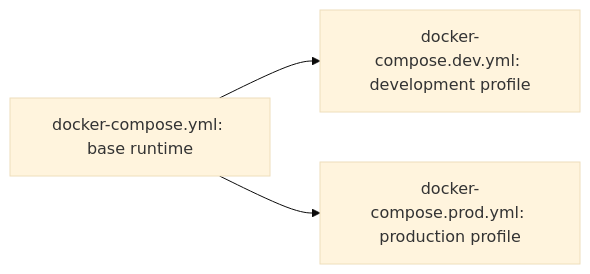
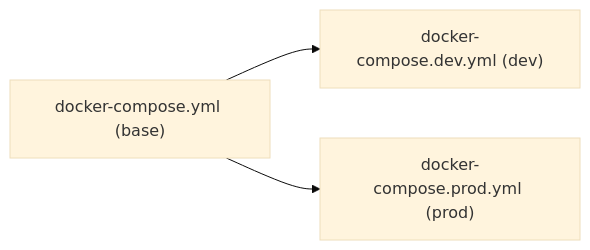
The first of 2 diagrams in README.md (taygumus/wp-docker-stack), drawn with Mermaid (base theme) before and after one commit.

Commit message:
docs: diagrams

````diff
--- a/README.md
+++ b/README.md
@@ -227,5 +227,5 @@
 ```mermaid
 flowchart LR
-    Base["docker-compose.yml: base runtime"] --> Dev["docker-compose.dev.yml: development profile"]
-    Base --> Prod["docker-compose.prod.yml: production profile"]
+    Base["docker-compose.yml (base)"] --> Dev["docker-compose.dev.yml (dev)"]
+    Base --> Prod["docker-compose.prod.yml (prod)"]
 ```
````
